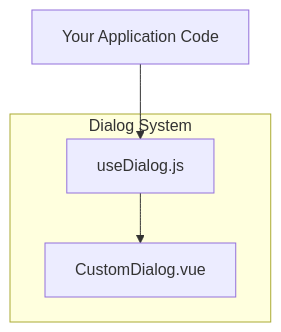
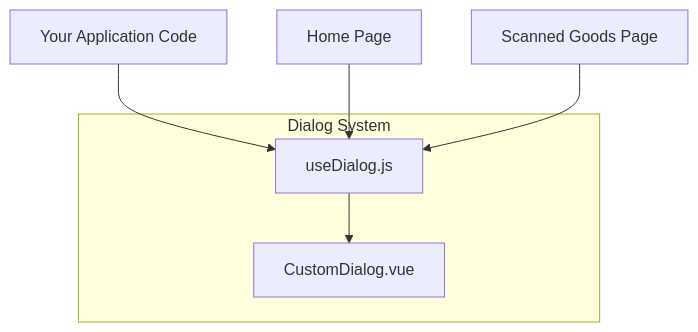
Before and after one commit to weiserman/ahm-gr-scanner-light-mode: the first of 6 diagrams in .qoder/repowiki/en/content/UI Components/Dialog System.md, drawn with Mermaid. The commit also changed other lines of this file and 6 other files, not shown here.

````diff
--- a/.qoder/repowiki/en/content/UI Components/Dialog System.md
+++ b/.qoder/repowiki/en/content/UI Components/Dialog System.md
@@ -37,9 +49,11 @@
 ```mermaid
 graph TB
 subgraph "Dialog System"
 CD["CustomDialog.vue"]
 UD["useDialog.js"]
 end
 App["Your Application Code"] --> UD
 UD --> CD
+Home["Home Page"] --> UD
+ScannedGoods["Scanned Goods Page"] --> UD
 ```
````
